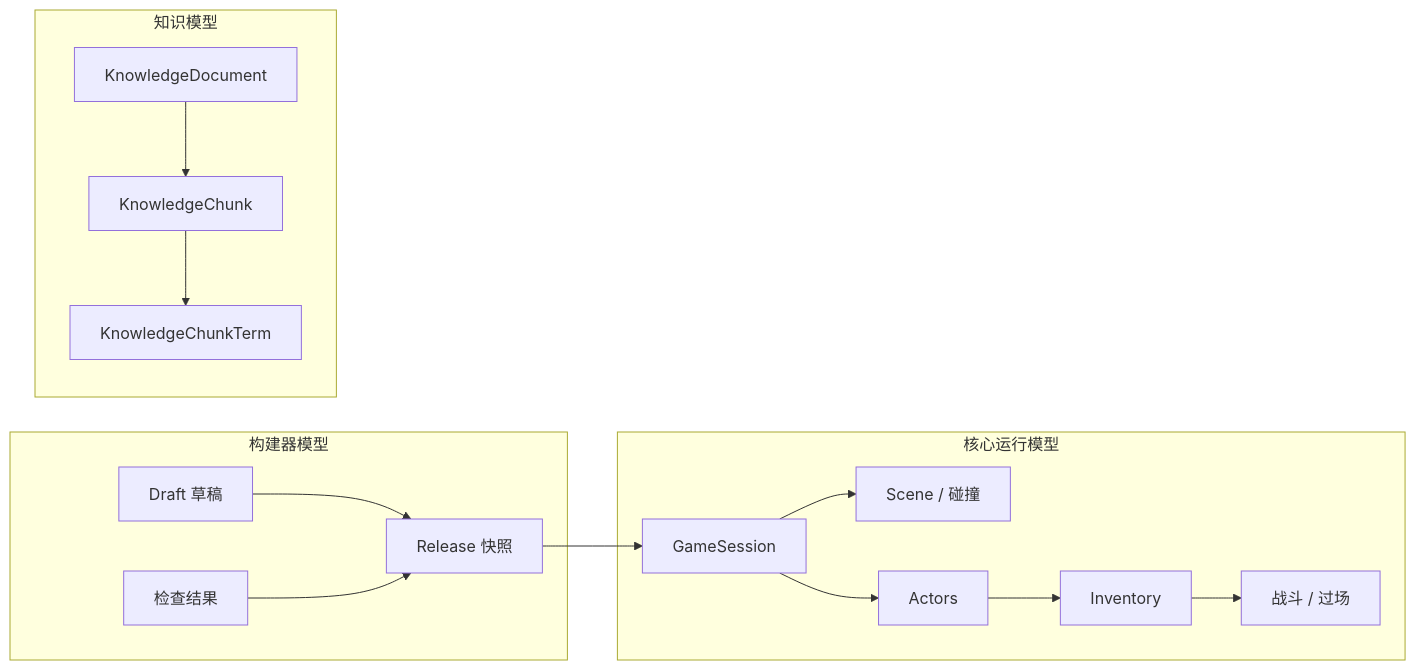
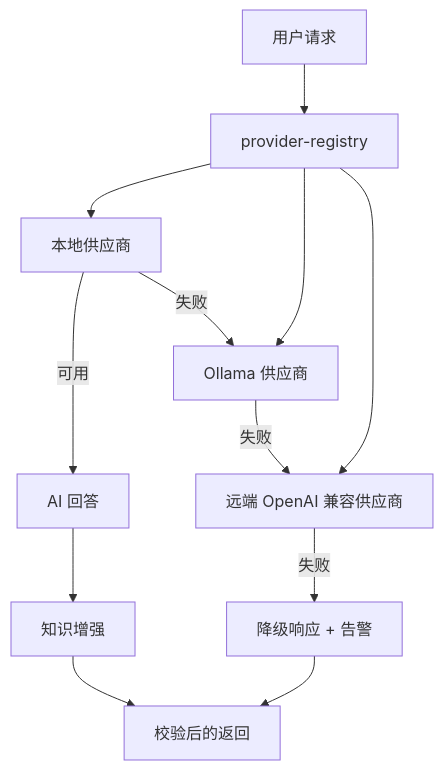
One commit to d4551/tea changed diagram 12 of 12 in README.md. Above: the diagram before and after it, drawn with Mermaid. The commit also changed other lines of this file and 2 other files, not shown here.

Commit message:
Align README to line-by-line bilingual format with collapsible bilingual mermaid charts

````diff
--- a/README.md
+++ b/README.md
@@ -506,30 +531,14 @@
 ```mermaid
-flowchart LR
-  subgraph 核心运行模型["核心运行模型"]
-    GS["GameSession"]
-    SC["Scene / 碰撞"]
-    AC["Actors"]
-    IV["Inventory"]
-    BX["战斗 / 过场"]
-  end
-
-  subgraph 构建模型["构建器模型"]
-    DR["Draft 草稿"]
-    RL["Release 快照"]
-    CH["检查结果"]
-  end
-
-  subgraph 知识模型["知识模型"]
-    KD["KnowledgeDocument"]
-    KC["KnowledgeChunk"]
-    KT["KnowledgeChunkTerm"]
-  end
-
-  DR --> RL --> GS
-  CH --> RL
-  GS --> SC
-  GS --> AC
-  AC --> IV
-  IV --> BX
-  KD --> KC --> KT
+flowchart TD
+  U["用户请求"] --> P["provider-registry"]
+  P --> L["本地供应商"]
+  P --> O["Ollama 供应商"]
+  P --> R["远端 OpenAI 兼容供应商"]
+  L -->|可用| S["AI 回答"]
+  L -->|失败| O
+  O -->|失败| R
+  R -->|失败| F["降级响应 + 告警"]
+  S --> K["知识增强"]
+  K --> V["校验后的返回"]
+  F --> V
 ```
````
